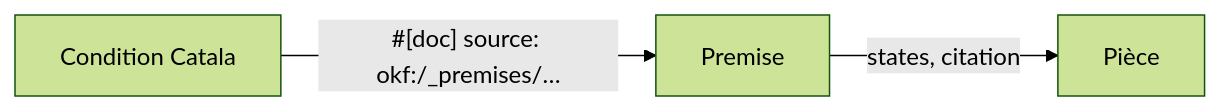
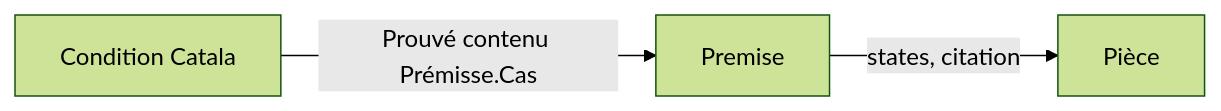
Before and after one commit to PieceMaker-Legal/piecemaker-droit-francais: the diagram in docs/okf.md, drawn with Mermaid (forest theme). The commit also changed other lines of this file and 47 other files, not shown here.

````diff
--- a/docs/okf.md
+++ b/docs/okf.md
@@ -88,5 +88,5 @@
 ```mermaid
 flowchart LR
-  C[Condition Catala] -->|"#[doc] source: okf:/_premises/…"| P[Premise]
+  C[Condition Catala] -->|"Prouvé contenu Prémisse.Cas"| P[Premise]
   P -->|states, citation| D[Pièce]
 ```
````
